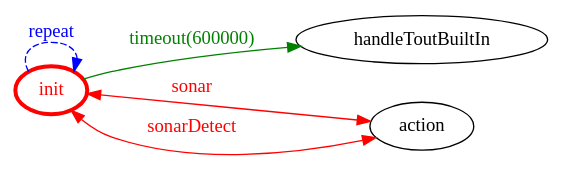
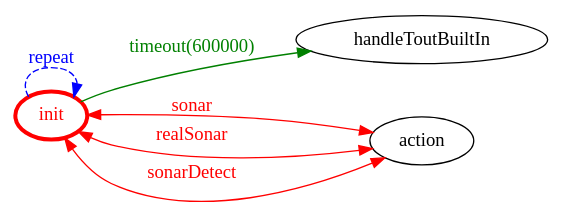
The diagram in it.unibo.mbot.intro/bin/it/unibo/sonardetector/sonardetector.gv (anatali/lss0), drawn with Graphviz before and after one commit. The commit also changed 67 other files, not shown here.

```diff
--- a/it.unibo.mbot.intro/bin/it/unibo/sonardetector/sonardetector.gv
+++ b/it.unibo.mbot.intro/bin/it/unibo/sonardetector/sonardetector.gv
@@ -1,18 +1,19 @@
 /*
 *
 * A GraphViz DOT FSM description 
 * Please use a GraphViz visualizer (like http://www.webgraphviz.com)
 *  
 */
 
 digraph finite_state_machine {
 	rankdir=LR
 	size="8,5"
 	
 	init [ color = red ][ fontcolor = red ][ penwidth = 3 ]
 	
 	init -> handleToutBuiltIn [ label = "timeout(600000)" ][ color = green ][ fontcolor = green ]
 	init -> init [ label = "repeat "][ style = dashed ][ color = blue ][ fontcolor = blue ]
 	init -> action [ label = "sonar" ][ color = red ][ fontcolor = red ][ dir = both ]
+	init -> action [ label = "realSonar" ][ color = red ][ fontcolor = red ][ dir = both ]
 	init -> action [ label = "sonarDetect" ][ color = red ][ fontcolor = red ][ dir = both ]
 }
```
